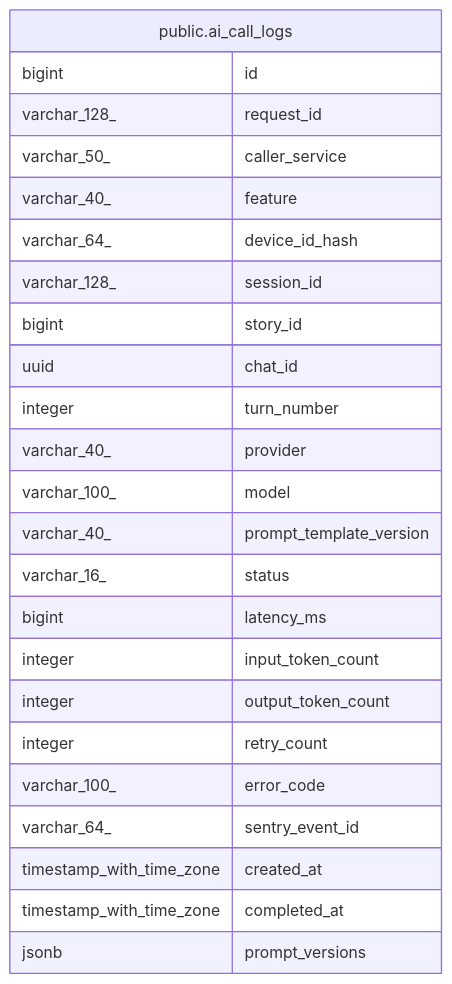
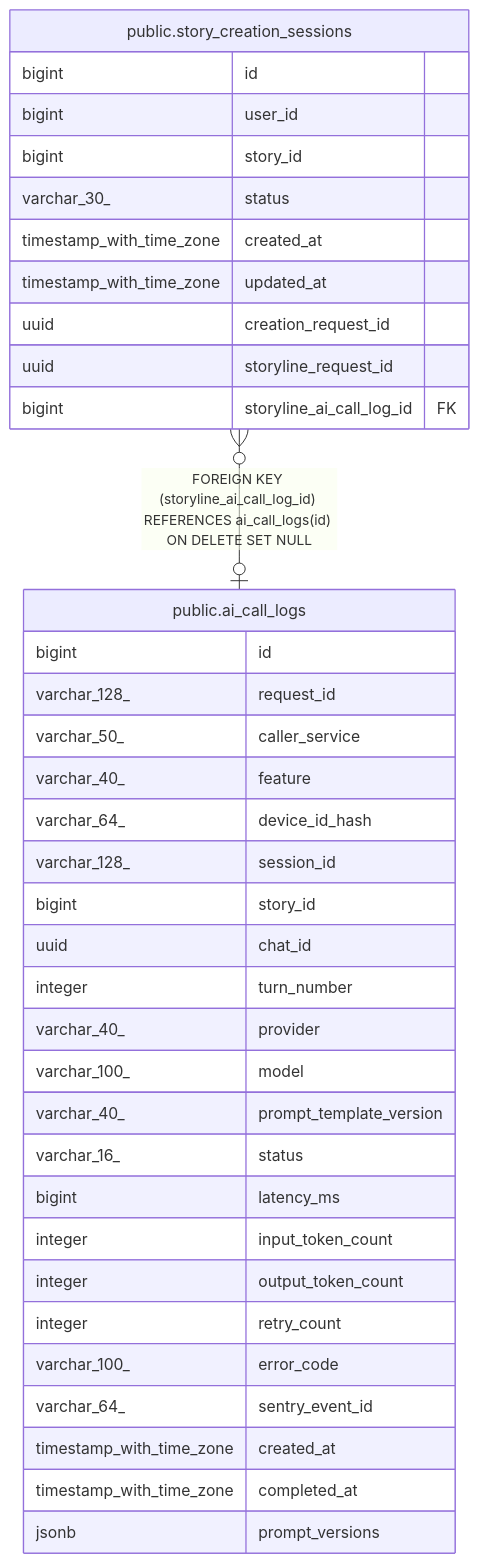
Before and after one commit to KIM-N-KANG/manyak-server: the diagram in dbdoc/public.ai_call_logs.md, drawn with Mermaid. The commit also changed other lines of this file and 15 other files, not shown here.

````diff
--- a/dbdoc/public.ai_call_logs.md
+++ b/dbdoc/public.ai_call_logs.md
@@ -54,29 +54,41 @@
 ```mermaid
 erDiagram
 
+"public.story_creation_sessions" }o--o| "public.ai_call_logs" : "FOREIGN KEY (storyline_ai_call_log_id) REFERENCES ai_call_logs(id) ON DELETE SET NULL"
 
 "public.ai_call_logs" {
   bigint id
   varchar_128_ request_id
   varchar_50_ caller_service
   varchar_40_ feature
   varchar_64_ device_id_hash
   varchar_128_ session_id
   bigint story_id
   uuid chat_id
   integer turn_number
   varchar_40_ provider
   varchar_100_ model
   varchar_40_ prompt_template_version
   varchar_16_ status
   bigint latency_ms
   integer input_token_count
   integer output_token_count
   integer retry_count
   varchar_100_ error_code
   varchar_64_ sentry_event_id
   timestamp_with_time_zone created_at
   timestamp_with_time_zone completed_at
   jsonb prompt_versions
 }
+"public.story_creation_sessions" {
+  bigint id
+  bigint user_id
+  bigint story_id
+  varchar_30_ status
+  timestamp_with_time_zone created_at
+  timestamp_with_time_zone updated_at
+  uuid creation_request_id
+  uuid storyline_request_id
+  bigint storyline_ai_call_log_id FK
+}
 ```
````
